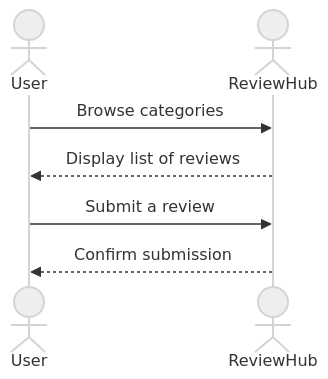
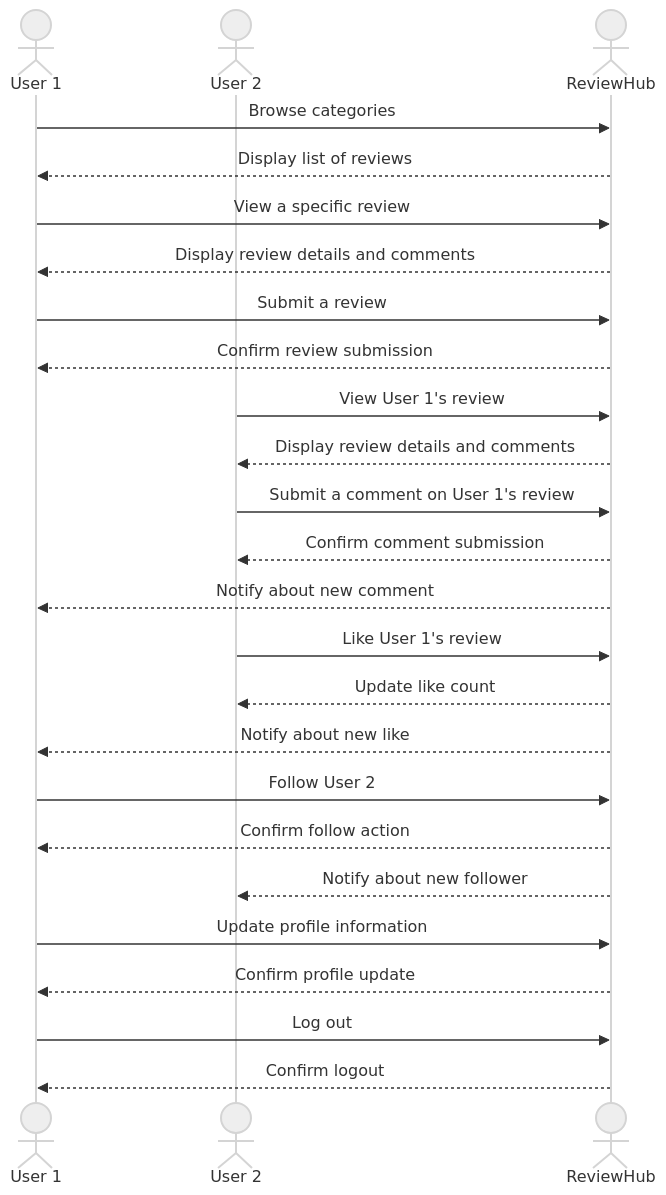
Before and after one commit to taeook/startup: the diagram in README.md, drawn with Mermaid (neutral theme).

````diff
--- a/README.md
+++ b/README.md
@@ -28,9 +28,34 @@
 ```mermaid
 sequenceDiagram
-  actor User
+  actor User1 as User 1
+  actor User2 as User 2
   actor ReviewHub
-  User->>ReviewHub: Browse categories
-  ReviewHub-->>User: Display list of reviews
-  User->>ReviewHub: Submit a review
-  ReviewHub-->>User: Confirm submission
+
+  User1->>ReviewHub: Browse categories
+  ReviewHub-->>User1: Display list of reviews
+  User1->>ReviewHub: View a specific review
+  ReviewHub-->>User1: Display review details and comments
+
+  User1->>ReviewHub: Submit a review
+  ReviewHub-->>User1: Confirm review submission
+
+  User2->>ReviewHub: View User 1's review
+  ReviewHub-->>User2: Display review details and comments
+  User2->>ReviewHub: Submit a comment on User 1's review
+  ReviewHub-->>User2: Confirm comment submission
+  ReviewHub-->>User1: Notify about new comment
+
+  User2->>ReviewHub: Like User 1's review
+  ReviewHub-->>User2: Update like count
+  ReviewHub-->>User1: Notify about new like
+
+  User1->>ReviewHub: Follow User 2
+  ReviewHub-->>User1: Confirm follow action
+  ReviewHub-->>User2: Notify about new follower
+
+  User1->>ReviewHub: Update profile information
+  ReviewHub-->>User1: Confirm profile update
+
+  User1->>ReviewHub: Log out
+  ReviewHub-->>User1: Confirm logout
 ```
````
